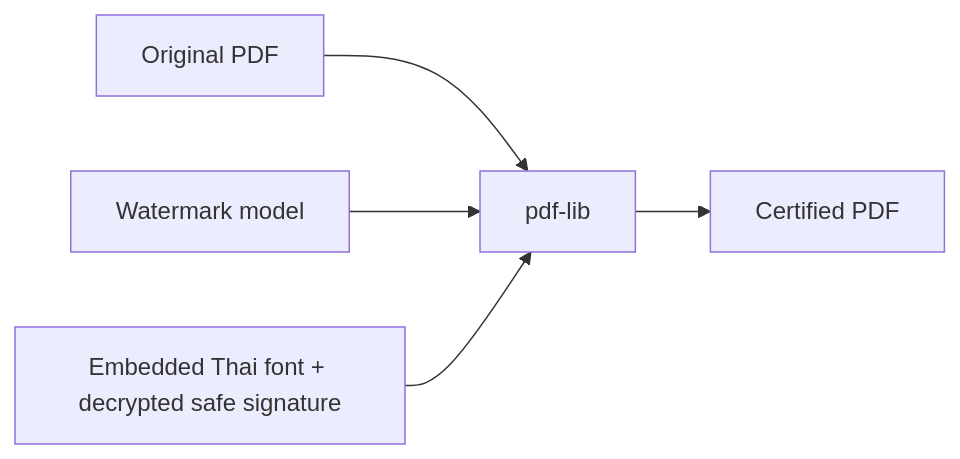
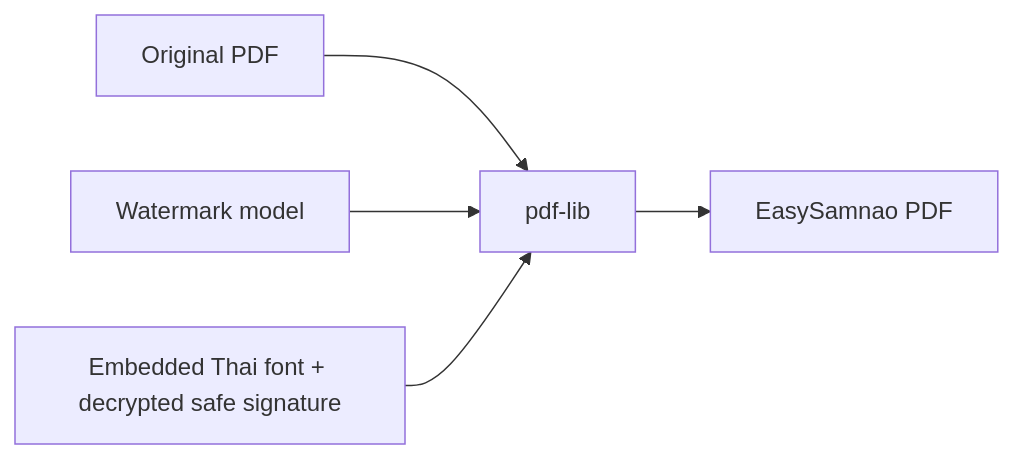
Before and after one commit to NickKhunapoj/EasySamnao: the third of 4 diagrams in docs/ARCHITECTURE.md, drawn with Mermaid. The commit also changed other lines of this file and 11 other files, not shown here.

First line of the commit message:
refactor: rename Certified Copy branding to EasySamnao

````diff
--- a/docs/ARCHITECTURE.md
+++ b/docs/ARCHITECTURE.md
@@ -38,7 +38,7 @@
 ```mermaid
 flowchart LR
   A["Original PDF"] --> D["pdf-lib"]
   B["Watermark model"] --> D
   C["Embedded Thai font + decrypted safe signature"] --> D
-  D --> E["Certified PDF"]
+  D --> E["EasySamnao PDF"]
 ```
````
